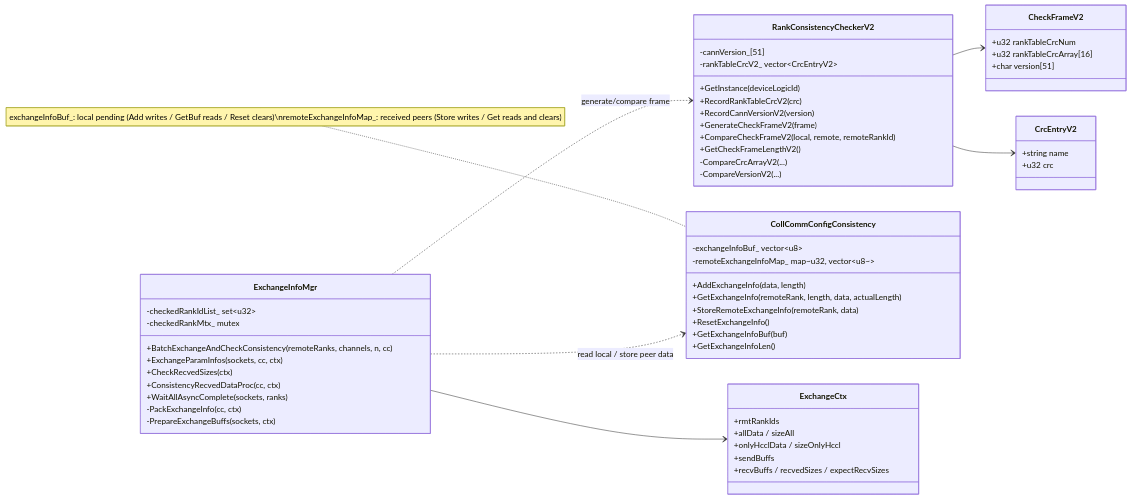
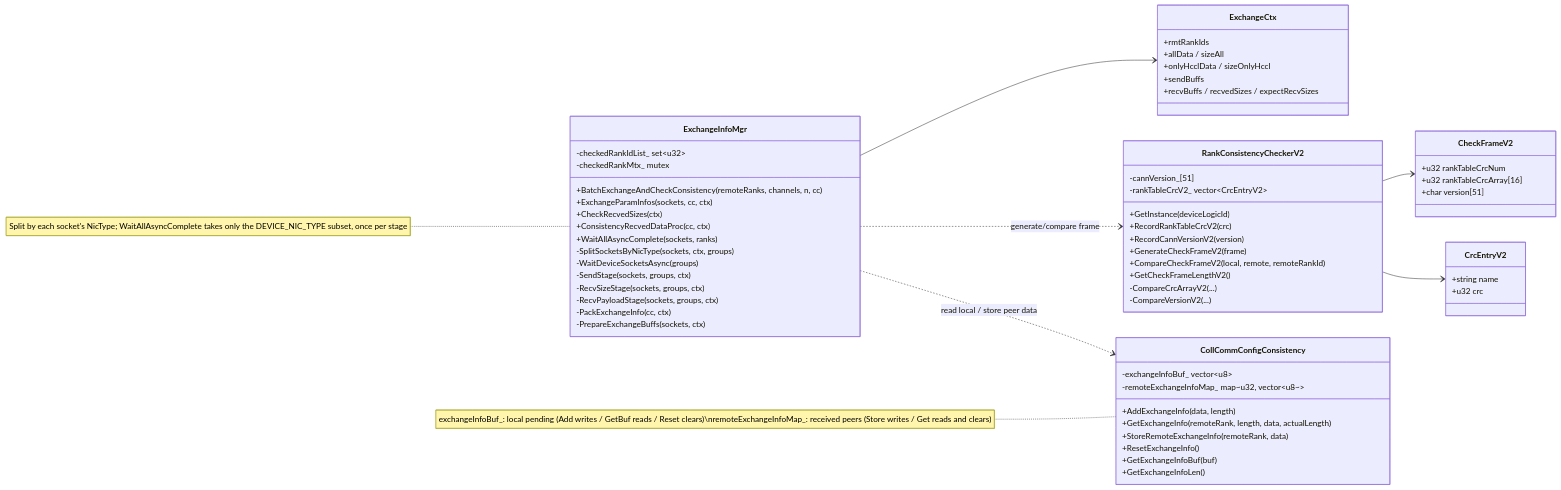
Before and after one commit to Atlas-Ascend-Fork/hcomm: the third of 3 diagrams in src/coll_communicator_mgr/dfx/inconsistentCheck/README_en.md, drawn with Mermaid. The commit also changed other lines of this file and 4 other files, not shown here.

First paragraph of the commit message:
[fix]exchange_info_mgr拆分阶段函数

````diff
--- a/src/coll_communicator_mgr/dfx/inconsistentCheck/README_en.md
+++ b/src/coll_communicator_mgr/dfx/inconsistentCheck/README_en.md
@@ -138,66 +138,72 @@
 ```mermaid
 classDiagram
     direction LR
 
     class CheckFrameV2 {
         +u32 rankTableCrcNum
         +u32 rankTableCrcArray[16]
         +char version[51]
     }
 
     class CrcEntryV2 {
         +string name
         +u32 crc
     }
 
     class RankConsistencyCheckerV2 {
         +GetInstance(deviceLogicId)
         +RecordRankTableCrcV2(crc)
         +RecordCannVersionV2(version)
         +GenerateCheckFrameV2(frame)
         +CompareCheckFrameV2(local, remote, remoteRankId)
         +GetCheckFrameLengthV2()
         -CompareCrcArrayV2(...)
         -CompareVersionV2(...)
         -cannVersion_[51]
         -rankTableCrcV2_ vector~CrcEntryV2~
     }
 
     class CollCommConfigConsistency {
         +AddExchangeInfo(data, length)
         +GetExchangeInfo(remoteRank, length, data, actualLength)
         +StoreRemoteExchangeInfo(remoteRank, data)
         +ResetExchangeInfo()
         +GetExchangeInfoBuf(buf)
         +GetExchangeInfoLen()
         -exchangeInfoBuf_ vector~u8~
         -remoteExchangeInfoMap_ map~u32, vector~u8~~
     }
     note for CollCommConfigConsistency "exchangeInfoBuf_: local pending (Add writes / GetBuf reads / Reset clears)\nremoteExchangeInfoMap_: received peers (Store writes / Get reads and clears)"
 
     class ExchangeInfoMgr {
         +BatchExchangeAndCheckConsistency(remoteRanks, channels, n, cc)
         +ExchangeParamInfos(sockets, cc, ctx)
         +CheckRecvedSizes(ctx)
         +ConsistencyRecvedDataProc(cc, ctx)
         +WaitAllAsyncComplete(sockets, ranks)
+        -SplitSocketsByNicType(sockets, ctx, groups)
+        -WaitDeviceSocketsAsync(groups)
+        -SendStage(sockets, groups, ctx)
+        -RecvSizeStage(sockets, groups, ctx)
+        -RecvPayloadStage(sockets, groups, ctx)
         -PackExchangeInfo(cc, ctx)
         -PrepareExchangeBuffs(sockets, ctx)
         -checkedRankIdList_ set~u32~
         -checkedRankMtx_ mutex
     }
+    note for ExchangeInfoMgr "Split by each socket's NicType; WaitAllAsyncComplete takes only the DEVICE_NIC_TYPE subset, once per stage"
 
     class ExchangeCtx {
         +rmtRankIds
         +allData / sizeAll
         +onlyHcclData / sizeOnlyHccl
         +sendBuffs
         +recvBuffs / recvedSizes / expectRecvSizes
     }
 
     RankConsistencyCheckerV2 --> CheckFrameV2
     RankConsistencyCheckerV2 --> CrcEntryV2
     ExchangeInfoMgr --> ExchangeCtx
     ExchangeInfoMgr ..> RankConsistencyCheckerV2 : generate/compare frame
     ExchangeInfoMgr ..> CollCommConfigConsistency : read local / store peer data
 ```
````
